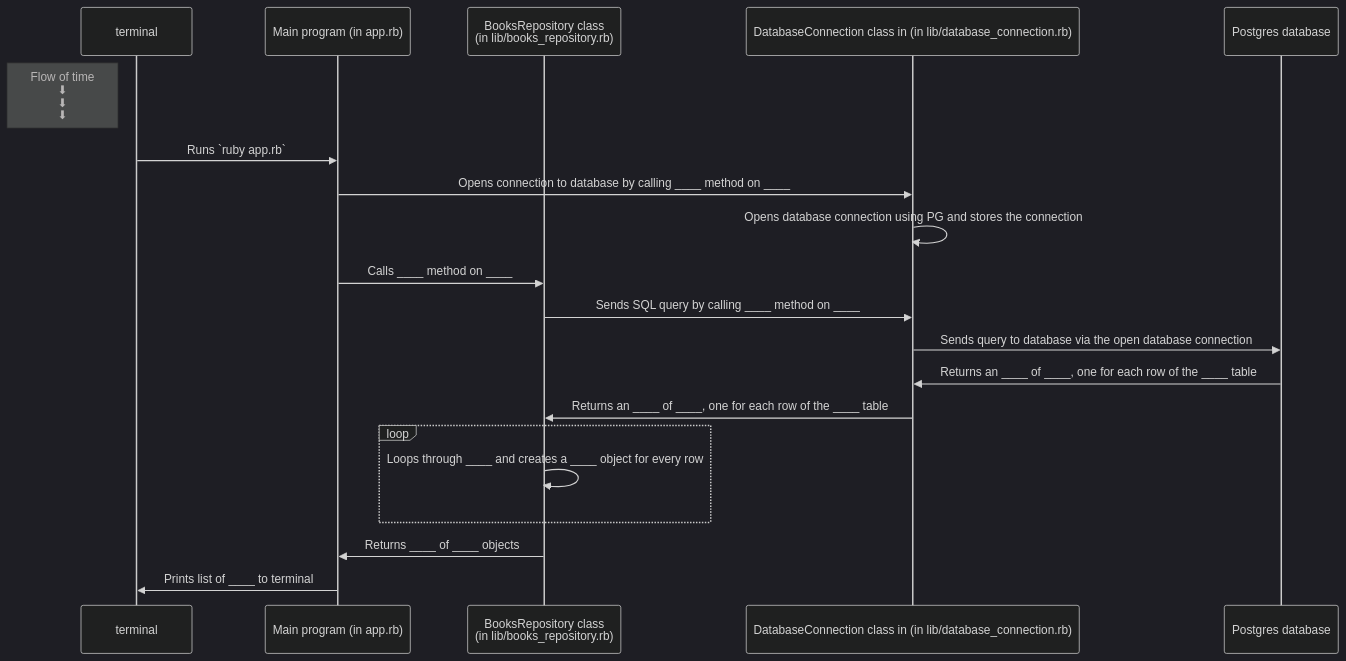
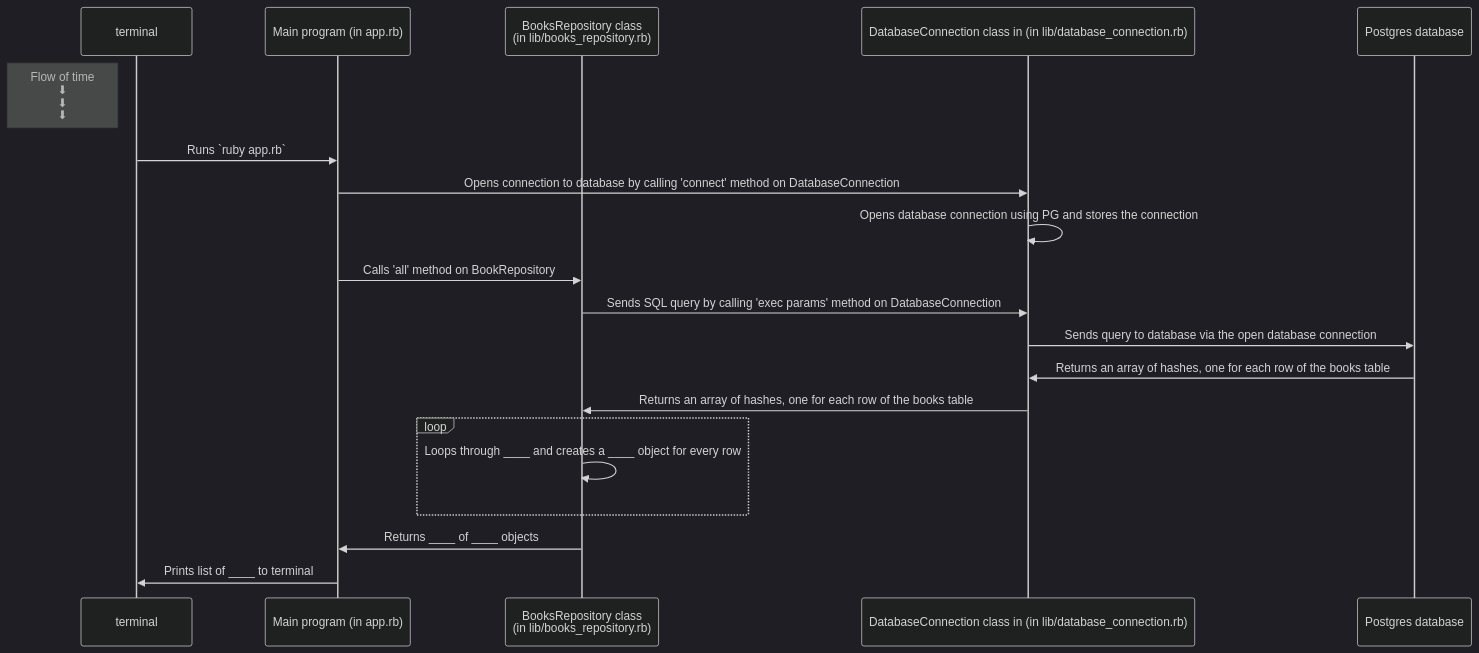
Before and after one commit to oanapintoiu/Project-PSQL: the diagram in diagrams/challege.md, drawn with Mermaid (dark theme).

Commit message:
step 3 challenge work-in progress

````diff
--- a/diagrams/challege.md
+++ b/diagrams/challege.md
@@ -15,26 +15,26 @@
 ```mermaid
 sequenceDiagram
     participant t as terminal
     participant app as Main program (in app.rb)
     participant ar as BooksRepository class <br /> (in lib/books_repository.rb)
     participant db_conn as DatabaseConnection class in (in lib/database_connection.rb)
     participant db as Postgres database
 
     Note left of t: Flow of time <br />⬇ <br /> ⬇ <br /> ⬇ 
 
     t->>app: Runs `ruby app.rb`
-    app->>db_conn: Opens connection to database by calling ____ method on ____
+    app->>db_conn: Opens connection to database by calling 'connect' method on DatabaseConnection
     db_conn->>db_conn: Opens database connection using PG and stores the connection
-    app->>ar: Calls ____ method on ____
-    ar->>db_conn: Sends SQL query by calling ____ method on ____
+    app->>ar: Calls 'all' method on BookRepository
+    ar->>db_conn: Sends SQL query by calling 'exec params' method on DatabaseConnection
     db_conn->>db: Sends query to database via the open database connection
-    db->>db_conn: Returns an ____ of ____, one for each row of the ____ table
+    db->>db_conn: Returns an array of hashes, one for each row of the books table
 
-    db_conn->>ar: Returns an ____ of ____, one for each row of the ____ table
+    db_conn->>ar: Returns an array of hashes, one for each row of the books table
     loop 
         ar->>ar: Loops through ____ and creates a ____ object for every row
     end
     ar->>app: Returns ____ of ____ objects
     app->>t: Prints list of ____ to terminal
 
 ```
````
